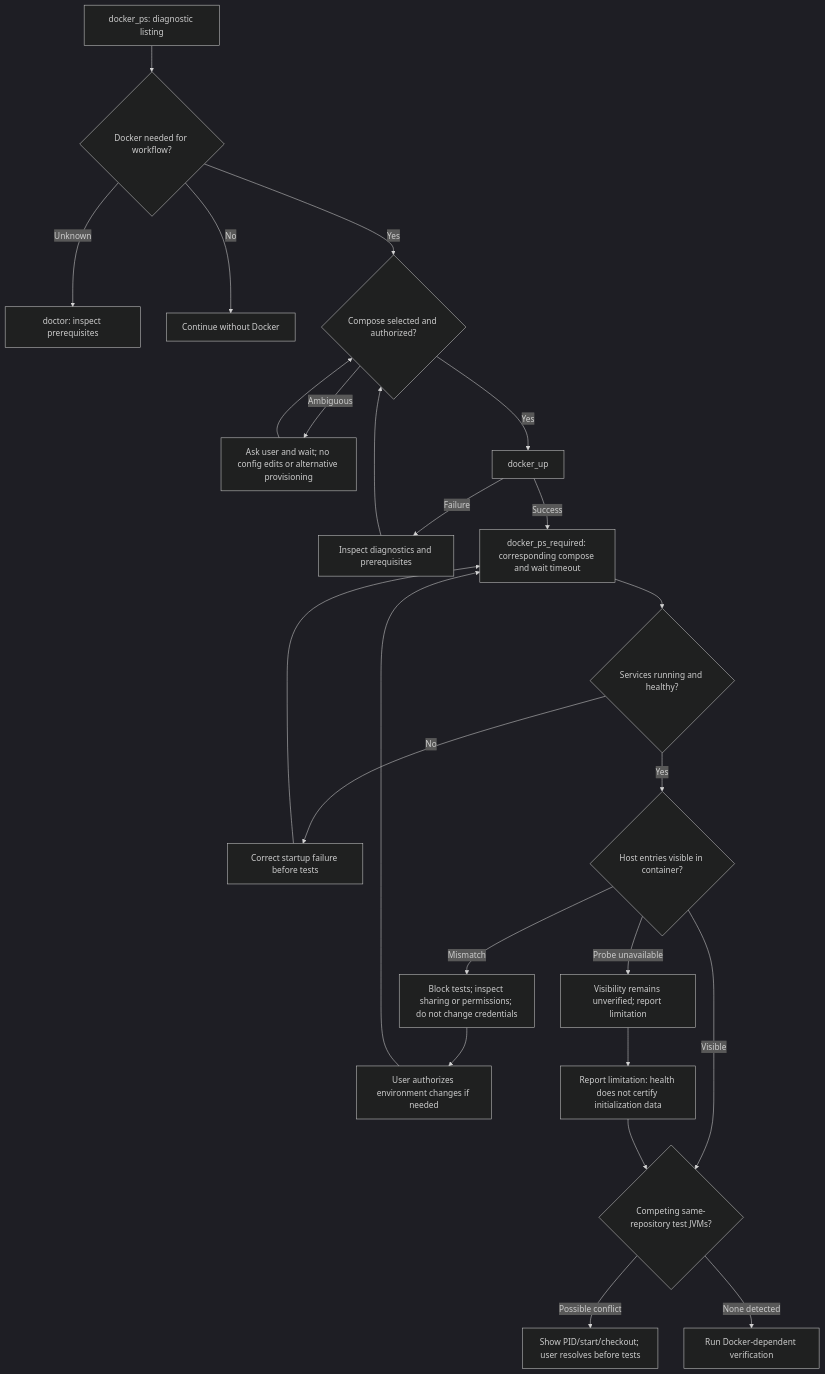
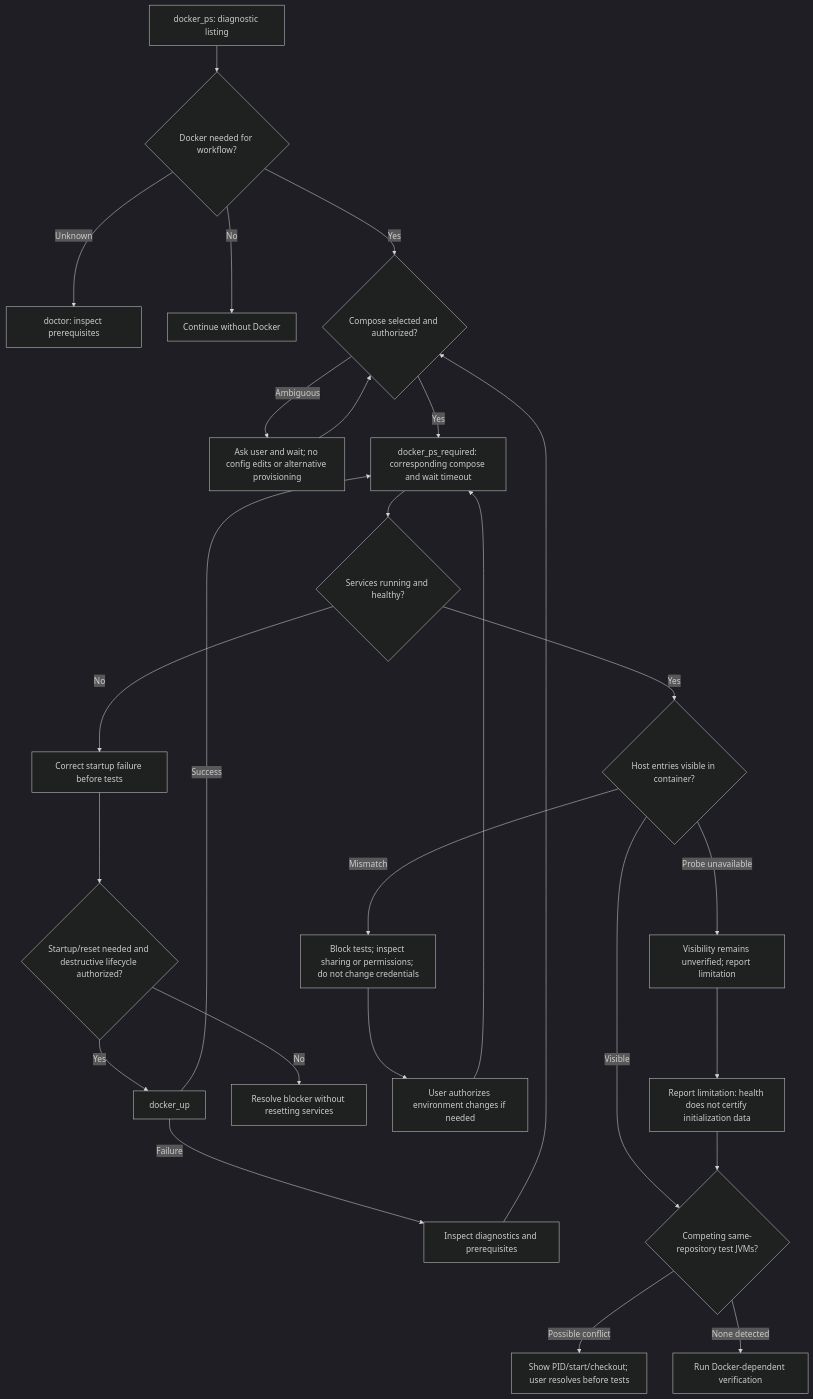
The third of 5 diagrams in docs/workflow-guidance.md (antonillos/makevn), drawn with Mermaid (dark theme) before and after one commit. The commit also changed other lines of this file and 12 other files, not shown here.

````diff
--- a/docs/workflow-guidance.md
+++ b/docs/workflow-guidance.md
@@ -34,26 +50,28 @@
 ```mermaid
 flowchart TD
     PS[docker_ps: diagnostic listing] --> NEED{Docker needed for workflow?}
     NEED -->|Unknown| DOC[doctor: inspect prerequisites]
     NEED -->|No| CONT[Continue without Docker]
     NEED -->|Yes| COMPOSE{Compose selected and authorized?}
     COMPOSE -->|Ambiguous| ASK[Ask user and wait; no config edits or alternative provisioning]
     ASK --> COMPOSE
-    COMPOSE -->|Yes| UP[docker_up]
+    COMPOSE -->|Yes| REQUIRED[docker_ps_required: corresponding compose and wait timeout]
     UP -->|Failure| DIAG[Inspect diagnostics and prerequisites]
     DIAG --> COMPOSE
-    UP -->|Success| REQUIRED[docker_ps_required: corresponding compose and wait timeout]
+    UP[docker_up] -->|Success| REQUIRED
     REQUIRED --> HEALTH{Services running and healthy?}
     HEALTH -->|No| FIX[Correct startup failure before tests]
-    FIX --> REQUIRED
+    FIX --> RESET{Startup/reset needed and destructive lifecycle authorized?}
+    RESET -->|Yes| UP
+    RESET -->|No| HOLD[Resolve blocker without resetting services]
     HEALTH -->|Yes| MOUNTS{Host entries visible in container?}
     MOUNTS -->|Mismatch| BLOCK[Block tests; inspect sharing or permissions; do not change credentials]
     BLOCK --> APPROVAL[User authorizes environment changes if needed]
     APPROVAL --> REQUIRED
     MOUNTS -->|Visible| JVMS{Competing same-repository test JVMs?}
     JVMS -->|Possible conflict| PAUSE[Show PID/start/checkout; user resolves before tests]
     JVMS -->|None detected| TESTS[Run Docker-dependent verification]
     MOUNTS -->|Probe unavailable| UNKNOWN[Visibility remains unverified; report limitation]
     UNKNOWN --> LIMIT[Report limitation: health does not certify initialization data]
     LIMIT --> JVMS
 ```
````
